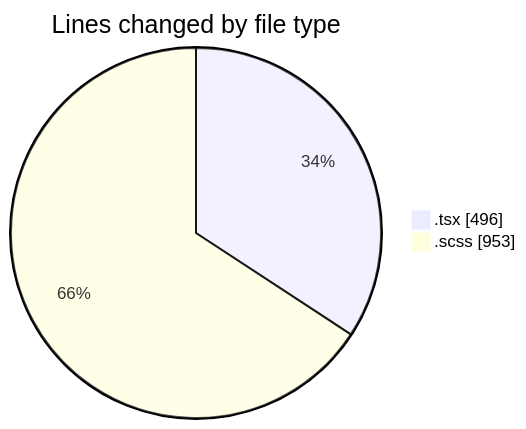
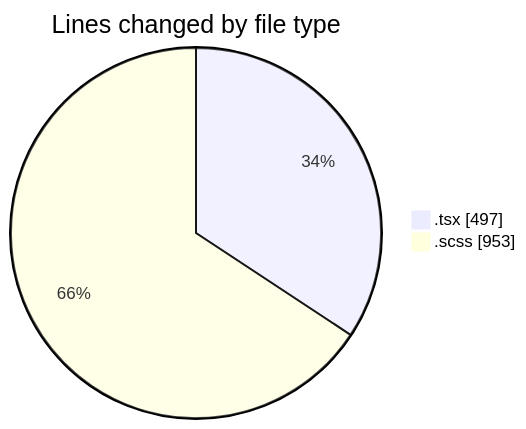
The first of 2 diagrams in 2025-09-19/cda/README.md (momahboobian/code-tracking), drawn with Mermaid before and after one commit. The commit also changed other lines of this file and 1 other file, not shown here.

````diff
--- a/2025-09-19/cda/README.md
+++ b/2025-09-19/cda/README.md
@@ -22,6 +22,6 @@
 ```mermaid
 pie showData
 title Lines changed by file type
-".tsx" : 496
+".tsx" : 497
 ".scss" : 953
 ```
````
